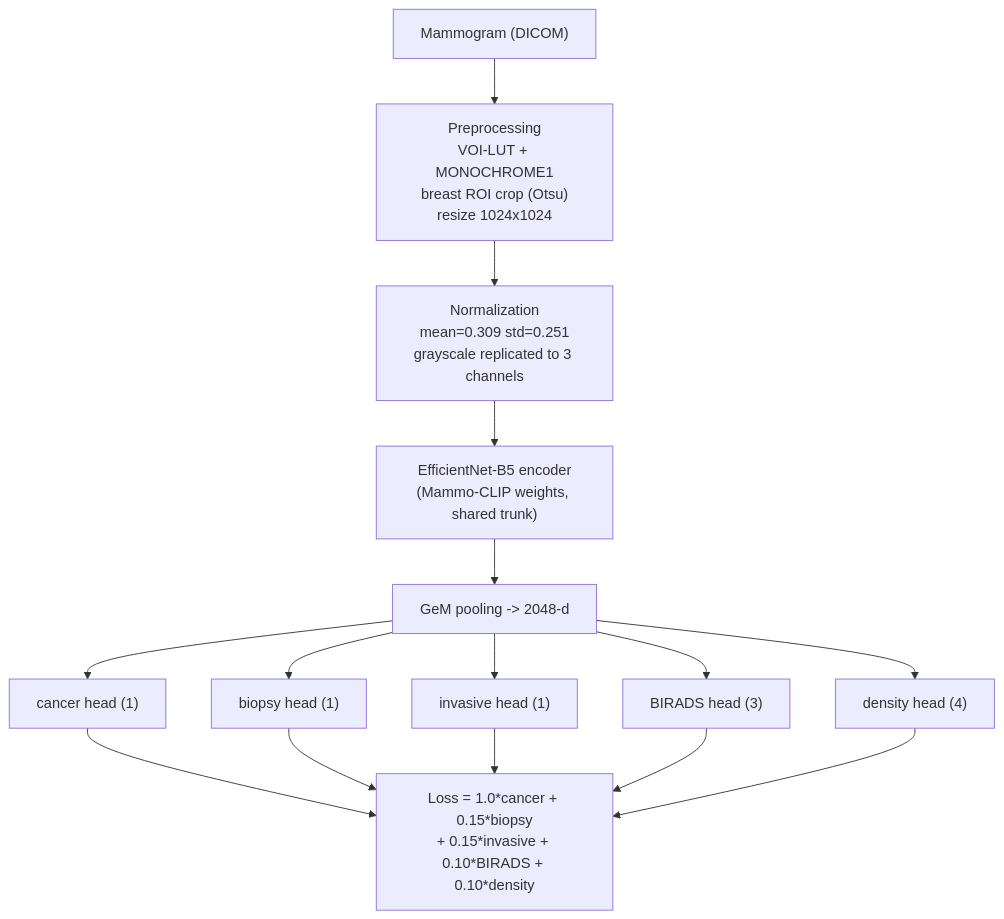
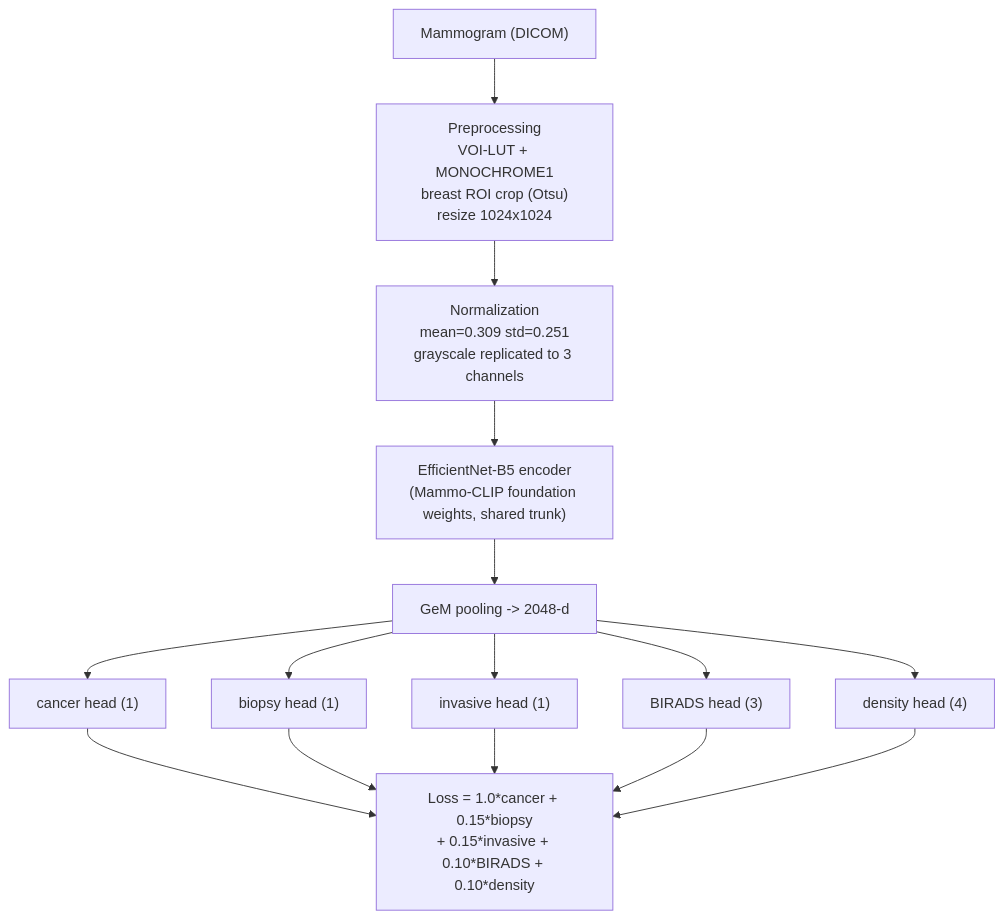
Before and after one commit to assadiab/Breast_Cancer_Detection: the diagram in README.md, drawn with Mermaid. The commit also changed other lines of this file and 8 other files, not shown here.

````diff
--- a/README.md
+++ b/README.md
@@ -64,17 +69,17 @@
 ```mermaid
 flowchart TD
     A["Mammogram (DICOM)"] --> B["Preprocessing<br/>VOI-LUT + MONOCHROME1<br/>breast ROI crop (Otsu)<br/>resize 1024x1024"]
     B --> C["Normalization<br/>mean=0.309 std=0.251<br/>grayscale replicated to 3 channels"]
-    C --> D["EfficientNet-B5 encoder<br/>(Mammo-CLIP weights, shared trunk)"]
+    C --> D["EfficientNet-B5 encoder<br/>(Mammo-CLIP foundation weights, shared trunk)"]
     D --> E["GeM pooling -> 2048-d"]
     E --> F1["cancer head (1)"]
     E --> F2["biopsy head (1)"]
     E --> F3["invasive head (1)"]
     E --> F4["BIRADS head (3)"]
     E --> F5["density head (4)"]
     F1 --> G["Loss = 1.0*cancer + 0.15*biopsy<br/>+ 0.15*invasive + 0.10*BIRADS + 0.10*density"]
     F2 --> G
     F3 --> G
     F4 --> G
     F5 --> G
 ```
````
